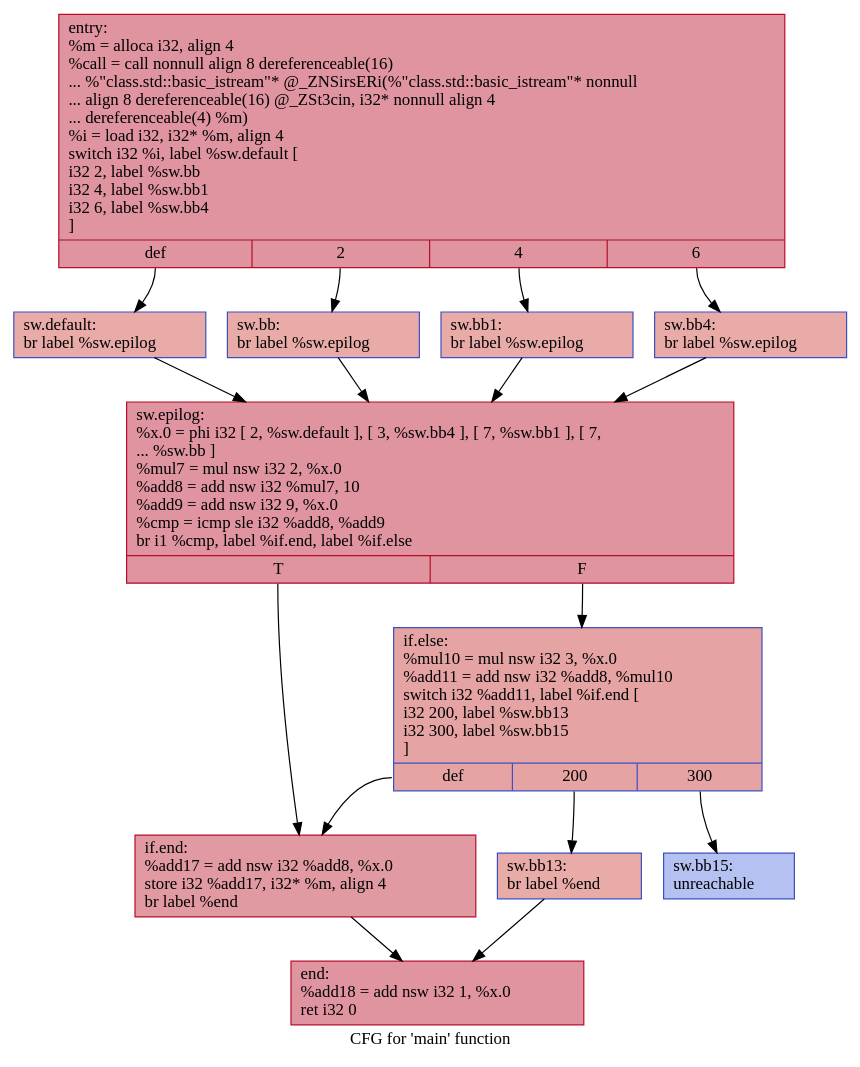
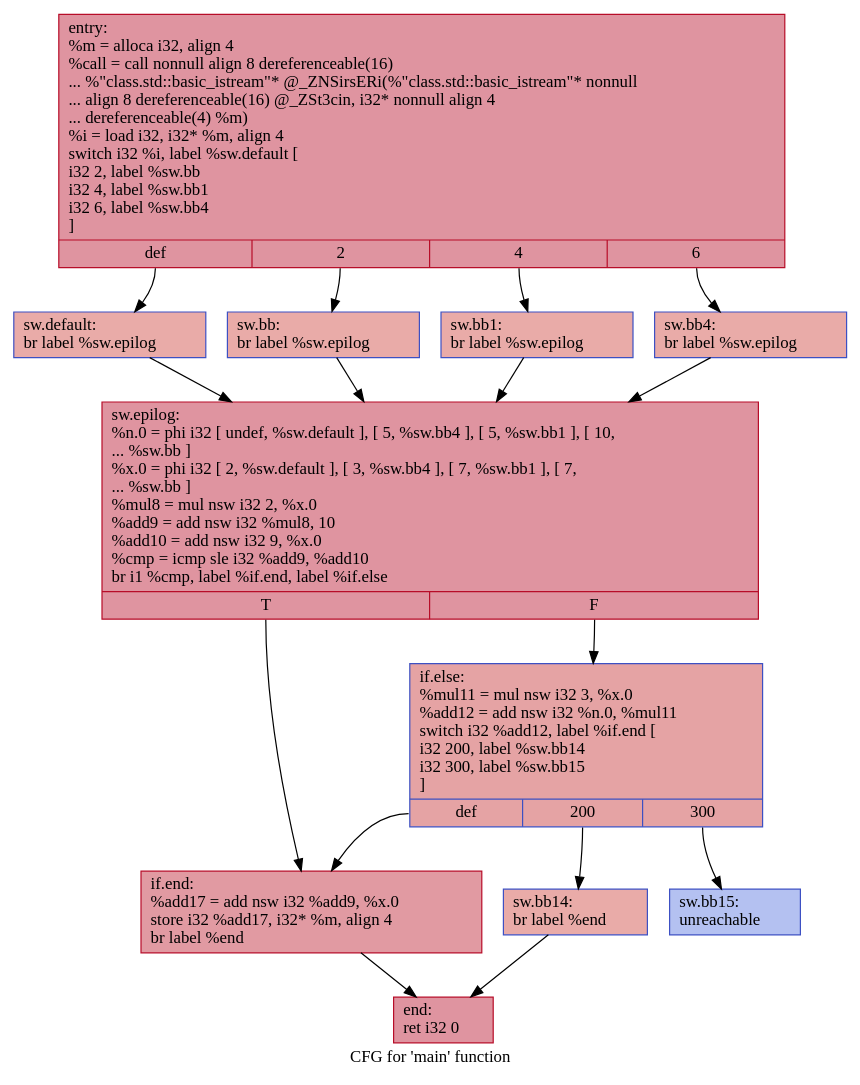
Before and after one commit to HPSSA-LLVM/HPSSA-LLVM: the diagram in IR/cfg/SCCP_BASELINE.dot, drawn with Graphviz. The commit also changed 42 other files, not shown here.

```diff
--- a/IR/cfg/SCCP_BASELINE.dot
+++ b/IR/cfg/SCCP_BASELINE.dot
@@ -1,30 +1,30 @@
 digraph "CFG for 'main' function" {
 	label="CFG for 'main' function";
 
-	Node0x5568580bbfc0 [shape=record,color="#b70d28ff", style=filled, fillcolor="#b70d2870",label="{entry:\l  %m = alloca i32, align 4\l  %call = call nonnull align 8 dereferenceable(16)\l... %\"class.std::basic_istream\"* @_ZNSirsERi(%\"class.std::basic_istream\"* nonnull\l... align 8 dereferenceable(16) @_ZSt3cin, i32* nonnull align 4\l... dereferenceable(4) %m)\l  %i = load i32, i32* %m, align 4\l  switch i32 %i, label %sw.default [\l    i32 2, label %sw.bb\l    i32 4, label %sw.bb1\l    i32 6, label %sw.bb4\l  ]\l|{<s0>def|<s1>2|<s2>4|<s3>6}}"];
-	Node0x5568580bbfc0:s0 -> Node0x5568580bc400;
-	Node0x5568580bbfc0:s1 -> Node0x5568580bc510;
-	Node0x5568580bbfc0:s2 -> Node0x5568580bc610;
-	Node0x5568580bbfc0:s3 -> Node0x5568580bc710;
-	Node0x5568580bc510 [shape=record,color="#3d50c3ff", style=filled, fillcolor="#cc403a70",label="{sw.bb:                                            \l  br label %sw.epilog\l}"];
-	Node0x5568580bc510 -> Node0x5568580bc830;
-	Node0x5568580bc610 [shape=record,color="#3d50c3ff", style=filled, fillcolor="#cc403a70",label="{sw.bb1:                                           \l  br label %sw.epilog\l}"];
-	Node0x5568580bc610 -> Node0x5568580bc830;
-	Node0x5568580bc710 [shape=record,color="#3d50c3ff", style=filled, fillcolor="#cc403a70",label="{sw.bb4:                                           \l  br label %sw.epilog\l}"];
-	Node0x5568580bc710 -> Node0x5568580bc830;
-	Node0x5568580bc400 [shape=record,color="#3d50c3ff", style=filled, fillcolor="#cc403a70",label="{sw.default:                                       \l  br label %sw.epilog\l}"];
-	Node0x5568580bc400 -> Node0x5568580bc830;
-	Node0x5568580bc830 [shape=record,color="#b70d28ff", style=filled, fillcolor="#b70d2870",label="{sw.epilog:                                        \l  %x.0 = phi i32 [ 2, %sw.default ], [ 3, %sw.bb4 ], [ 7, %sw.bb1 ], [ 7,\l... %sw.bb ]\l  %mul7 = mul nsw i32 2, %x.0\l  %add8 = add nsw i32 %mul7, 10\l  %add9 = add nsw i32 9, %x.0\l  %cmp = icmp sle i32 %add8, %add9\l  br i1 %cmp, label %if.end, label %if.else\l|{<s0>T|<s1>F}}"];
-	Node0x5568580bc830:s0 -> Node0x5568580bd0b0;
-	Node0x5568580bc830:s1 -> Node0x5568580bd120;
-	Node0x5568580bd120 [shape=record,color="#3d50c3ff", style=filled, fillcolor="#c32e3170",label="{if.else:                                          \l  %mul10 = mul nsw i32 3, %x.0\l  %add11 = add nsw i32 %add8, %mul10\l  switch i32 %add11, label %if.end [\l    i32 200, label %sw.bb13\l    i32 300, label %sw.bb15\l  ]\l|{<s0>def|<s1>200|<s2>300}}"];
-	Node0x5568580bd120:s0 -> Node0x5568580bd0b0;
-	Node0x5568580bd120:s1 -> Node0x5568580bd3d0;
-	Node0x5568580bd120:s2 -> Node0x5568580bd470;
-	Node0x5568580bd3d0 [shape=record,color="#3d50c3ff", style=filled, fillcolor="#cc403a70",label="{sw.bb13:                                          \l  br label %end\l}"];
-	Node0x5568580bd3d0 -> Node0x5568580bd600;
-	Node0x5568580bd470 [shape=record,color="#3d50c3ff", style=filled, fillcolor="#5572df70",label="{sw.bb15:                                          \l  unreachable\l}"];
-	Node0x5568580bd0b0 [shape=record,color="#b70d28ff", style=filled, fillcolor="#bb1b2c70",label="{if.end:                                           \l  %add17 = add nsw i32 %add8, %x.0\l  store i32 %add17, i32* %m, align 4\l  br label %end\l}"];
-	Node0x5568580bd0b0 -> Node0x5568580bd600;
-	Node0x5568580bd600 [shape=record,color="#b70d28ff", style=filled, fillcolor="#b70d2870",label="{end:                                              \l  %add18 = add nsw i32 1, %x.0\l  ret i32 0\l}"];
+	Node0x55b0f35d8e60 [shape=record,color="#b70d28ff", style=filled, fillcolor="#b70d2870",label="{entry:\l  %m = alloca i32, align 4\l  %call = call nonnull align 8 dereferenceable(16)\l... %\"class.std::basic_istream\"* @_ZNSirsERi(%\"class.std::basic_istream\"* nonnull\l... align 8 dereferenceable(16) @_ZSt3cin, i32* nonnull align 4\l... dereferenceable(4) %m)\l  %i = load i32, i32* %m, align 4\l  switch i32 %i, label %sw.default [\l    i32 2, label %sw.bb\l    i32 4, label %sw.bb1\l    i32 6, label %sw.bb4\l  ]\l|{<s0>def|<s1>2|<s2>4|<s3>6}}"];
+	Node0x55b0f35d8e60:s0 -> Node0x55b0f35d92a0;
+	Node0x55b0f35d8e60:s1 -> Node0x55b0f35d93b0;
+	Node0x55b0f35d8e60:s2 -> Node0x55b0f35d94b0;
+	Node0x55b0f35d8e60:s3 -> Node0x55b0f35d95b0;
+	Node0x55b0f35d93b0 [shape=record,color="#3d50c3ff", style=filled, fillcolor="#cc403a70",label="{sw.bb:                                            \l  br label %sw.epilog\l}"];
+	Node0x55b0f35d93b0 -> Node0x55b0f35d96d0;
+	Node0x55b0f35d94b0 [shape=record,color="#3d50c3ff", style=filled, fillcolor="#cc403a70",label="{sw.bb1:                                           \l  br label %sw.epilog\l}"];
+	Node0x55b0f35d94b0 -> Node0x55b0f35d96d0;
+	Node0x55b0f35d95b0 [shape=record,color="#3d50c3ff", style=filled, fillcolor="#cc403a70",label="{sw.bb4:                                           \l  br label %sw.epilog\l}"];
+	Node0x55b0f35d95b0 -> Node0x55b0f35d96d0;
+	Node0x55b0f35d92a0 [shape=record,color="#3d50c3ff", style=filled, fillcolor="#cc403a70",label="{sw.default:                                       \l  br label %sw.epilog\l}"];
+	Node0x55b0f35d92a0 -> Node0x55b0f35d96d0;
+	Node0x55b0f35d96d0 [shape=record,color="#b70d28ff", style=filled, fillcolor="#b70d2870",label="{sw.epilog:                                        \l  %n.0 = phi i32 [ undef, %sw.default ], [ 5, %sw.bb4 ], [ 5, %sw.bb1 ], [ 10,\l... %sw.bb ]\l  %x.0 = phi i32 [ 2, %sw.default ], [ 3, %sw.bb4 ], [ 7, %sw.bb1 ], [ 7,\l... %sw.bb ]\l  %mul8 = mul nsw i32 2, %x.0\l  %add9 = add nsw i32 %mul8, 10\l  %add10 = add nsw i32 9, %x.0\l  %cmp = icmp sle i32 %add9, %add10\l  br i1 %cmp, label %if.end, label %if.else\l|{<s0>T|<s1>F}}"];
+	Node0x55b0f35d96d0:s0 -> Node0x55b0f35da4d0;
+	Node0x55b0f35d96d0:s1 -> Node0x55b0f35da540;
+	Node0x55b0f35da540 [shape=record,color="#3d50c3ff", style=filled, fillcolor="#c32e3170",label="{if.else:                                          \l  %mul11 = mul nsw i32 3, %x.0\l  %add12 = add nsw i32 %n.0, %mul11\l  switch i32 %add12, label %if.end [\l    i32 200, label %sw.bb14\l    i32 300, label %sw.bb15\l  ]\l|{<s0>def|<s1>200|<s2>300}}"];
+	Node0x55b0f35da540:s0 -> Node0x55b0f35da4d0;
+	Node0x55b0f35da540:s1 -> Node0x55b0f35da7f0;
+	Node0x55b0f35da540:s2 -> Node0x55b0f35da890;
+	Node0x55b0f35da7f0 [shape=record,color="#3d50c3ff", style=filled, fillcolor="#cc403a70",label="{sw.bb14:                                          \l  br label %end\l}"];
+	Node0x55b0f35da7f0 -> Node0x55b0f35daa20;
+	Node0x55b0f35da890 [shape=record,color="#3d50c3ff", style=filled, fillcolor="#5572df70",label="{sw.bb15:                                          \l  unreachable\l}"];
+	Node0x55b0f35da4d0 [shape=record,color="#b70d28ff", style=filled, fillcolor="#bb1b2c70",label="{if.end:                                           \l  %add17 = add nsw i32 %add9, %x.0\l  store i32 %add17, i32* %m, align 4\l  br label %end\l}"];
+	Node0x55b0f35da4d0 -> Node0x55b0f35daa20;
+	Node0x55b0f35daa20 [shape=record,color="#b70d28ff", style=filled, fillcolor="#b70d2870",label="{end:                                              \l  ret i32 0\l}"];
 }
```
